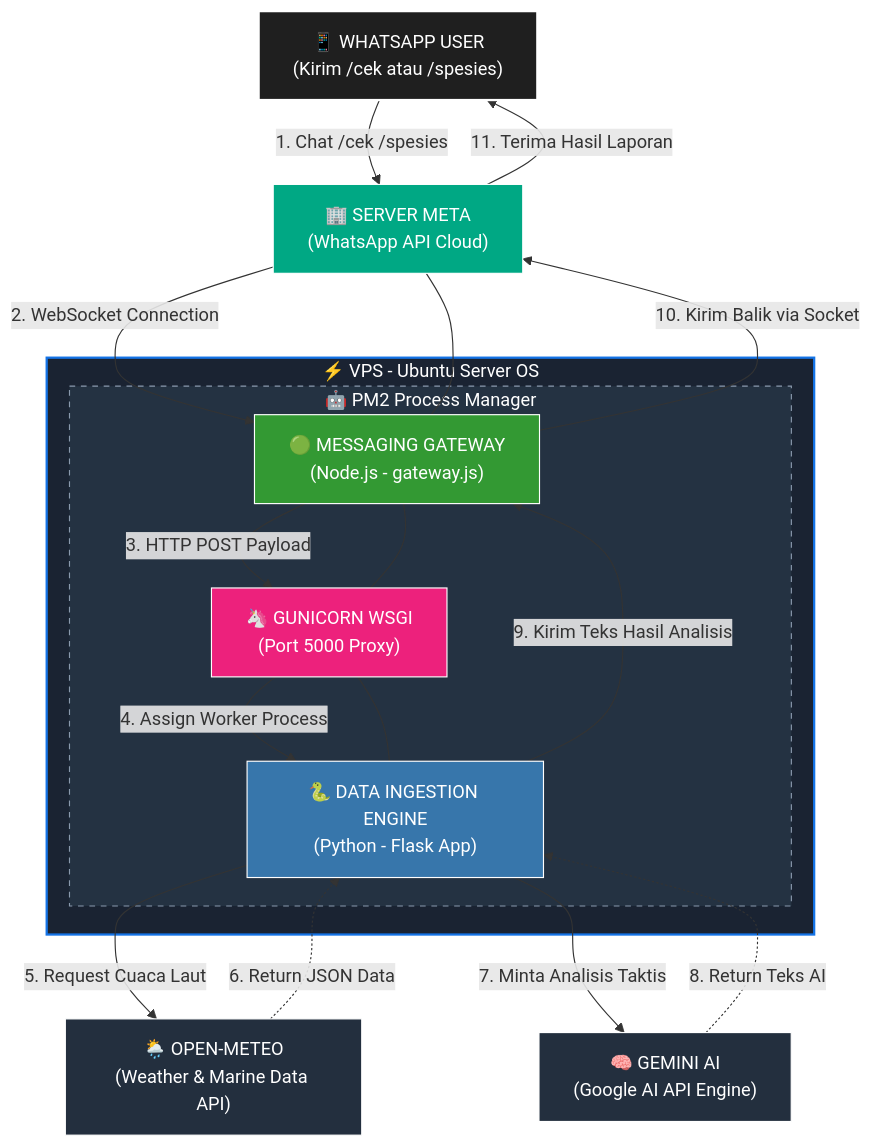
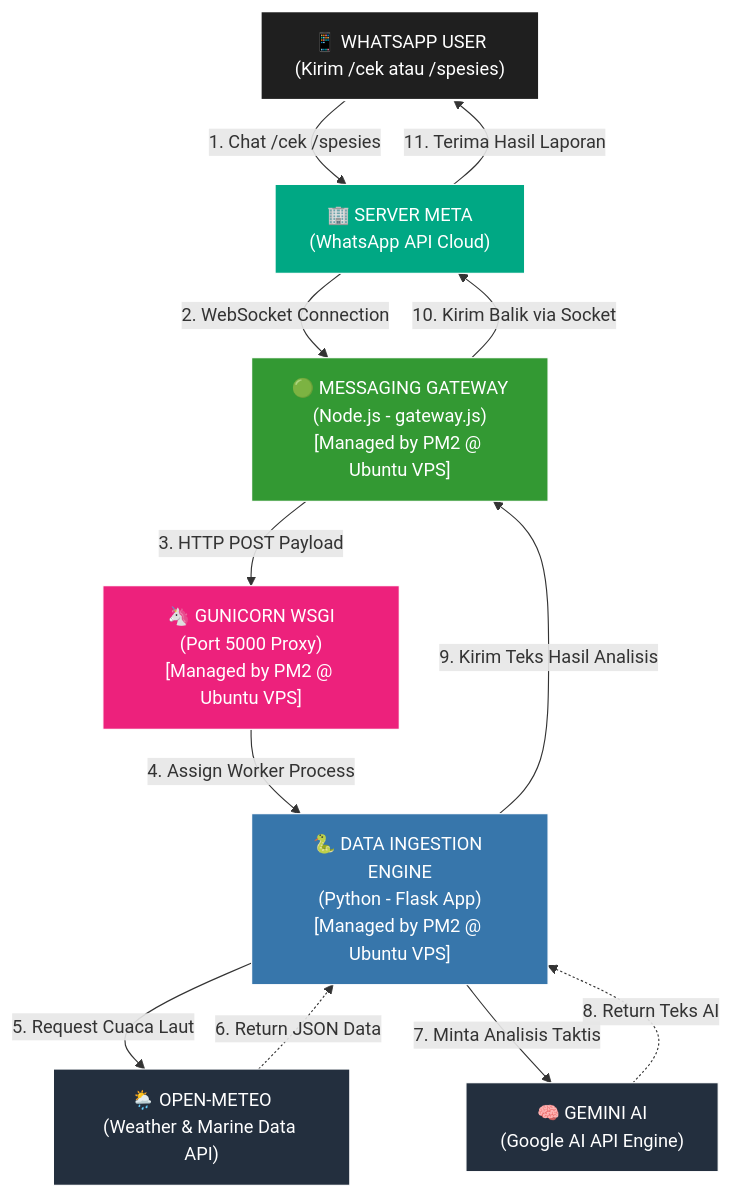
One commit to AdienDendra/architect-web changed the diagram in content.id/projects/bot-fishing.md. Above: the diagram before and after it, drawn with Mermaid.

```diff
--- a/content.id/projects/bot-fishing.md
+++ b/content.id/projects/bot-fishing.md
@@ -60,54 +60,38 @@
 {{< mermaid >}}
+
 graph TD
-    %% Define Styles
+    %% Define Styles (Tema Dark Mode Portofolio)
     classDef user fill:#1f1f1f,stroke:#fff,stroke-width:2px,color:#fff;
     classDef meta fill:#00a884,stroke:#fff,stroke-width:1px,color:#fff;
     classDef nodejs fill:#339933,stroke:#fff,stroke-width:1px,color:#fff;
     classDef guni fill:#ed217c,stroke:#fff,stroke-width:1px,color:#fff;
     classDef python fill:#3776AB,stroke:#fff,stroke-width:1px,color:#fff;
     classDef external fill:#232F3E,stroke:#fff,stroke-width:1px,color:#fff;
 
-    %% --- OUTSIDE CONTAINER (ATAS) ---
+    %% --- SUSUNAN NODE LURUS SATU KOLOM ---
     User["📱 WHATSAPP USER<br>(Kirim /cek atau /spesies)"]:::user
     Meta["🏢 SERVER META<br>(WhatsApp API Cloud)"]:::meta
-
-    %% --- INFRASTRUKTUR BOX (TENGAH) ---
-    subgraph VPS ["⚡ VPS - Ubuntu Server OS"]
-        subgraph PM2 ["🤖 PM2 Process Manager"]
-            NodeApp["🟢 MESSAGING GATEWAY<br>(Node.js - gateway.js)"]:::nodejs
-            GuniMaster["🦄 GUNICORN WSGI<br>(Port 5000 Proxy)"]:::guni
-            MainPy["🐍 DATA INGESTION ENGINE<br>(Python - Flask App)"]:::python
-        end
-    end
-
-    %% --- OUTSIDE CONTAINER (BAWAH) ---
+    NodeApp["🟢 MESSAGING GATEWAY<br>(Node.js - gateway.js)<br>[Managed by PM2 @ Ubuntu VPS]"]:::nodejs
+    GuniMaster["🦄 GUNICORN WSGI<br>(Port 5000 Proxy)<br>[Managed by PM2 @ Ubuntu VPS]"]:::guni
+    MainPy["🐍 DATA INGESTION ENGINE<br>(Python - Flask App)<br>[Managed by PM2 @ Ubuntu VPS]"]:::python
     BOM["🌦️ OPEN-METEO<br>(Weather & Marine Data API)"]:::external
     Gemini["🧠 GEMINI AI<br>(Google AI API Engine)"]:::external
 
     %% === FLOW ALUR MASUK (LURUS VERTIKAL KE BAWAH) ===
     User -->|1. Chat /cek /spesies| Meta
     Meta -->|2. WebSocket Connection| NodeApp
     NodeApp -->|3. HTTP POST Payload| GuniMaster
     GuniMaster -->|4. Assign Worker Process| MainPy
     
     %% === INTERAKSI API DI LEVEL BAWAH ===
     MainPy -->|5. Request Cuaca Laut| BOM
     BOM -.->|6. Return JSON Data| MainPy
     MainPy -->|7. Minta Analisis Taktis| Gemini
     Gemini -.->|8. Return Teks AI| MainPy
     
     %% === FLOW ALUR KELUAR (LURUS KEMBALI NAIK KE ATAS) ===
     MainPy -->|9. Kirim Teks Hasil Analisis| NodeApp
     NodeApp -->|10. Kirim Balik via Socket| Meta
     Meta -->|11. Terima Hasil Laporan| User
 
-    %% === TEKNIK KUNCIAN VERTIKAL (Memaksa Urutan Tetap Tegak Lurus) ===
-    Meta --- NodeApp
-    NodeApp --- GuniMaster
-    GuniMaster --- MainPy
-
-    %% Style Containers
-    style VPS fill:#1a2332,stroke:#1473e6,stroke-width:2px,color:#fff
-    style PM2 fill:#243242,stroke:#8a99ad,stroke-width:1px,stroke-dasharray: 5 5,color:#fff
-
 {{< /mermaid >}}
```
